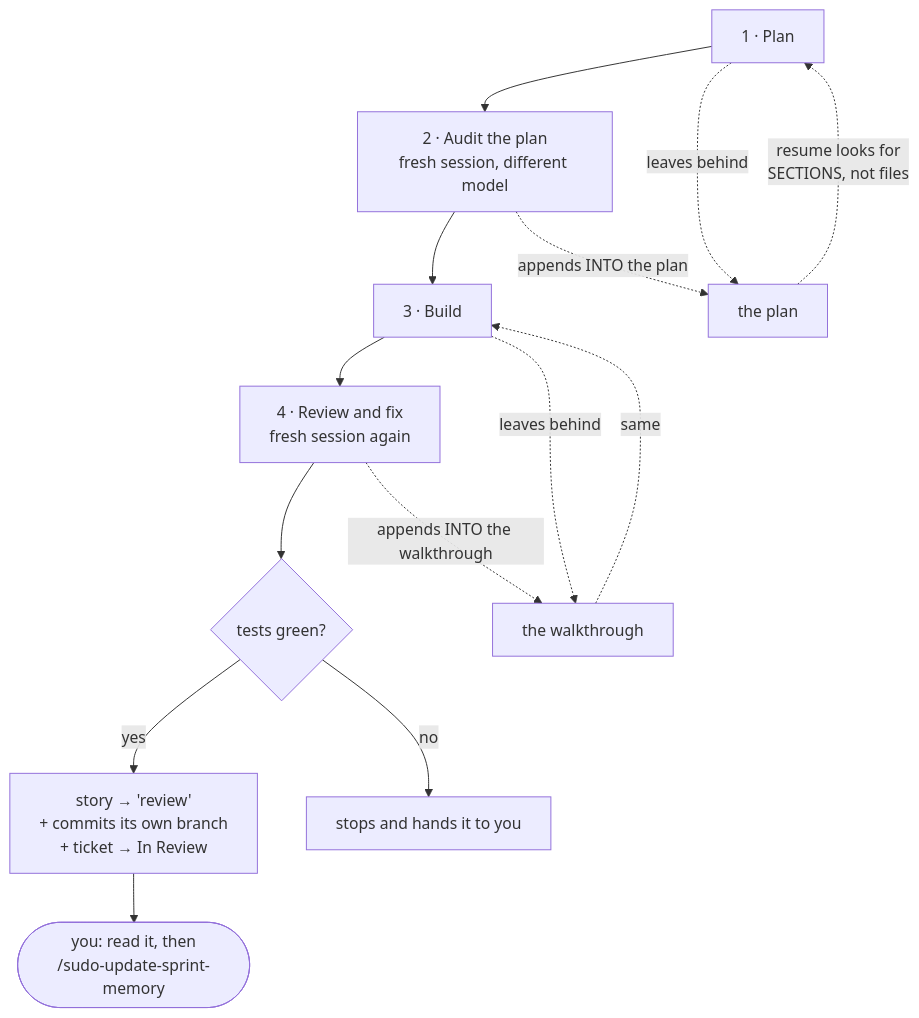
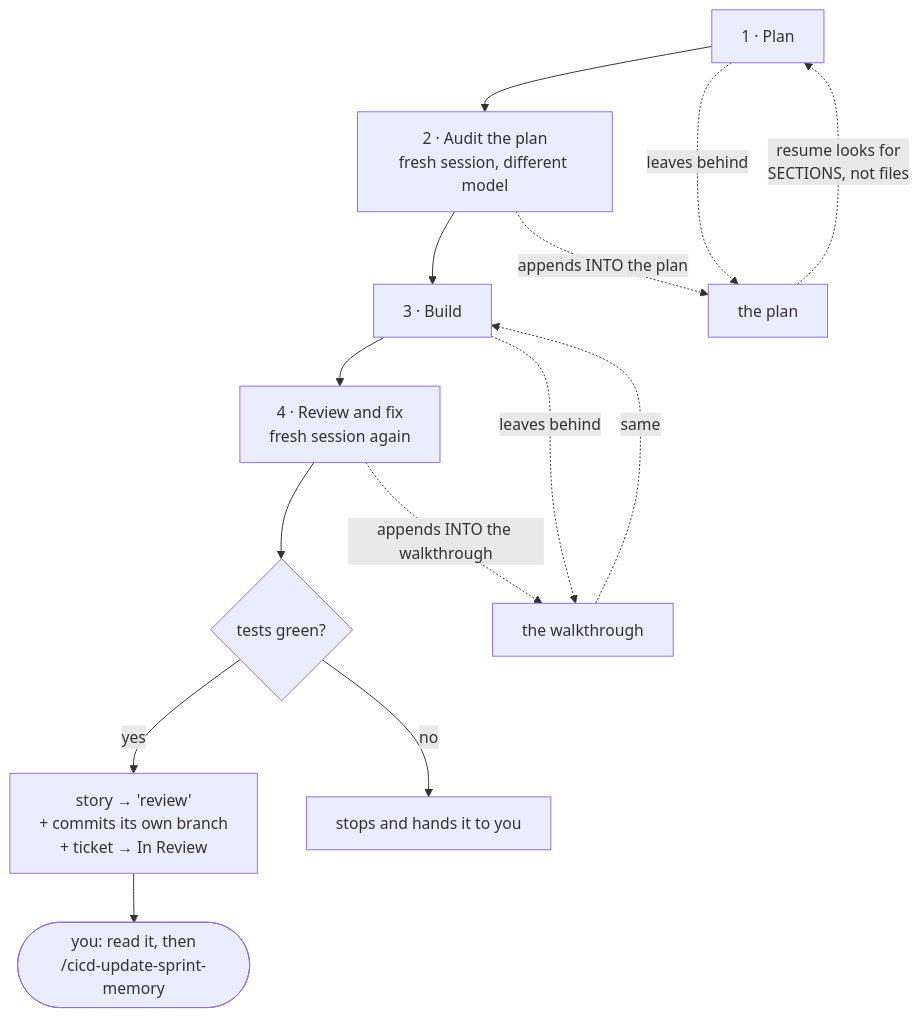
Before and after one commit to sudomadhatter/Sudo_Hatter_Command: the seventh of 8 diagrams in _my_resources/_quick_reference/sudo_workflows_testing.md, drawn with Mermaid. The commit also changed other lines of this file and 402 other files, not shown here.

````diff
--- a/_my_resources/_quick_reference/sudo_workflows_testing.md
+++ b/_my_resources/_quick_reference/sudo_workflows_testing.md
@@ -700,16 +701,16 @@
 ```mermaid
 flowchart TD
     S1["1 · Plan"] --> S2["2 · Audit the plan\nfresh session, different model"]
     S2 --> S3["3 · Build"]
     S3 --> S4["4 · Review and fix\nfresh session again"]
     S4 --> GATE{"tests green?"}
     GATE -- "yes" --> REV["story → 'review'\n+ commits its own branch\n+ ticket → In Review"]
     GATE -- "no" --> HAND["stops and hands it to you"]
-    REV --> YOU(["you: read it, then\n/sudo-update-sprint-memory"])
+    REV --> YOU(["you: read it, then\n/cicd-update-sprint-memory"])
     S1 -.->|"leaves behind"| P["the plan"]
     S2 -.->|"appends INTO the plan"| P
     S3 -.->|"leaves behind"| WK["the walkthrough"]
     S4 -.->|"appends INTO the walkthrough"| WK
     P -.->|"resume looks for\nSECTIONS, not files"| S1
     WK -.->|"same"| S3
 ```
````
